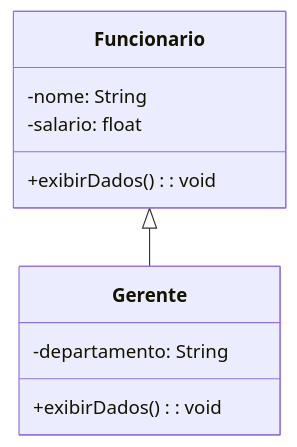
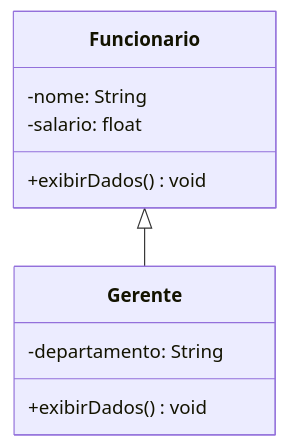
The seventh of 7 diagrams in capitulos/UML.md (henryzord/softwareEngineering), drawn with Mermaid before and after one commit. The commit also changed other lines of this file, not shown here.

Commit message:
Fix method signatures in UML diagram

````diff
--- a/capitulos/UML.md
+++ b/capitulos/UML.md
@@ -317,16 +317,16 @@
    ```mermaid
     classDiagram
         class Funcionario {
         -nome: String 
         -salario: float
-        +exibirDados(): void
+        +exibirDados() void
     }
     
     class Gerente {
         -departamento: String 
    
-        +exibirDados(): void 
+        +exibirDados() void 
     }
     
     Funcionario <|-- Gerente
    ```
````
